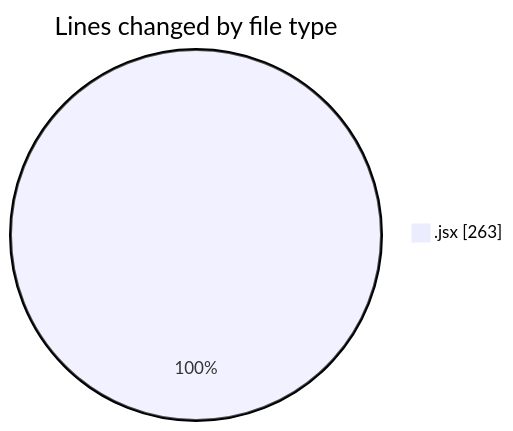
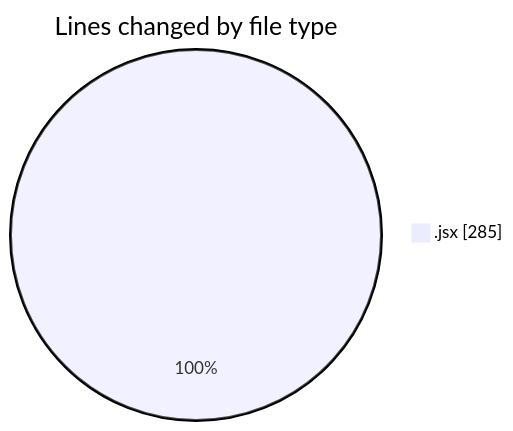
The first of 2 diagrams in 2025-06-05/nxtqube_webapp/README.md (nxtqubesakshisongat/code-tracking), drawn with Mermaid before and after one commit. The commit also changed other lines of this file and 1 other file, not shown here.

````diff
--- a/2025-06-05/nxtqube_webapp/README.md
+++ b/2025-06-05/nxtqube_webapp/README.md
@@ -21,5 +21,5 @@
 ```mermaid
 pie showData
 title Lines changed by file type
-".jsx" : 263
+".jsx" : 285
 ```
````
